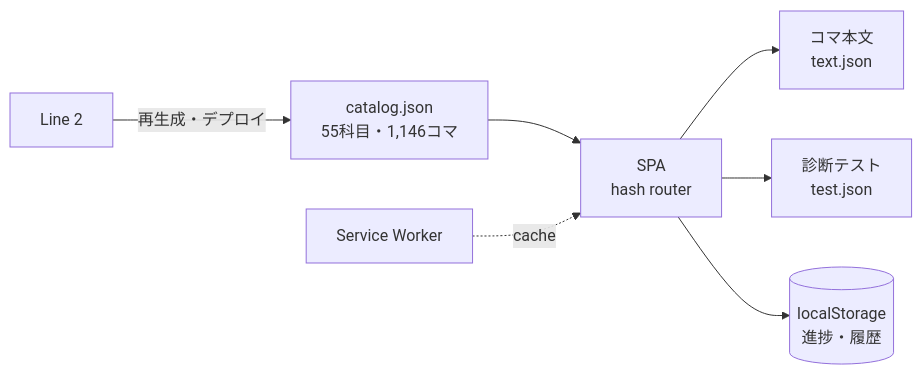
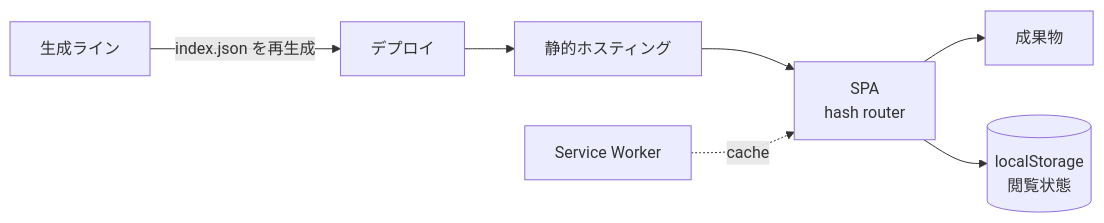
Before and after one commit to RintaroMatsumoto/ai-production-line: the diagram in docs/07-website.md, drawn with Mermaid. The commit also changed other lines of this file and 12 other files, not shown here.

````diff
--- a/docs/07-website.md
+++ b/docs/07-website.md
@@ -17,9 +17,9 @@
 ```mermaid
 flowchart LR
-  C["catalog.json<br/>55科目・1,146コマ"] --> SPA["SPA<br/>hash router"]
-  SPA --> L["コマ本文<br/>text.json"]
-  SPA --> Q["診断テスト<br/>test.json"]
-  SPA --> LS[("localStorage<br/>進捗・履歴")]
+  G["生成ライン"] -->|index.json を再生成| D["デプロイ"]
+  D --> H["静的ホスティング"]
+  H --> SPA["SPA<br/>hash router"]
+  SPA --> A["成果物"]
+  SPA --> LS[("localStorage<br/>閲覧状態")]
   SW["Service Worker"] -.->|cache| SPA
-  L2["Line 2"] -->|再生成・デプロイ| C
 ```
````
